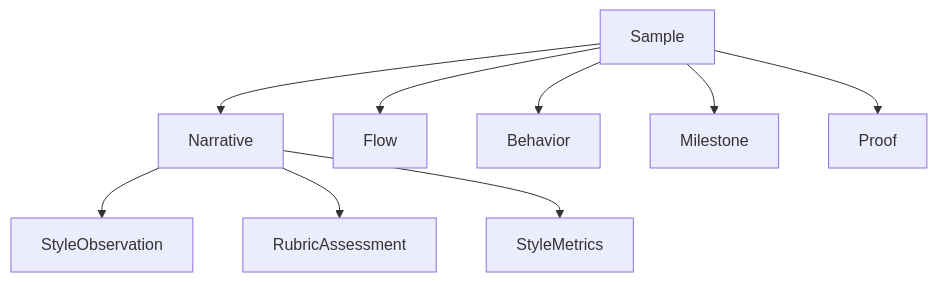
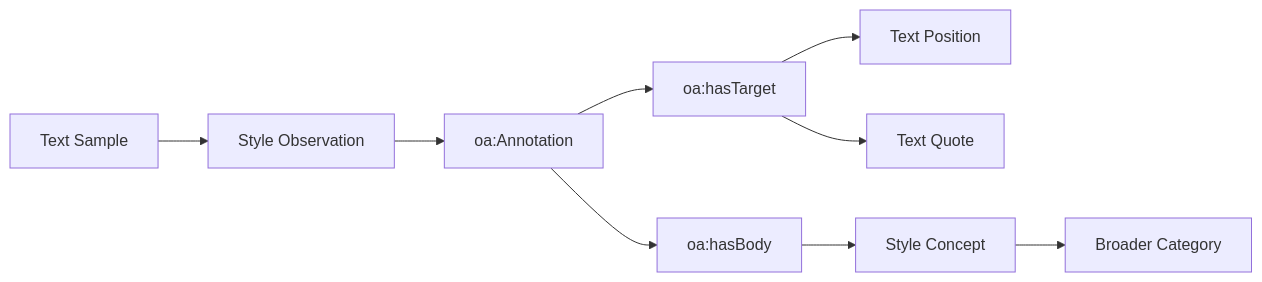
Before and after one commit to Synthetic-Identity-Co/conj-talk-2025: the fourth of 8 diagrams in presenter.md, drawn with Mermaid. The commit also changed other lines of this file, not shown here.

````diff
--- a/presenter.md
+++ b/presenter.md
@@ -195,11 +217,11 @@
 ```mermaid
-graph TD
-    A[Sample] --> B[Narrative]
-    A --> C[Flow]
-    A --> D[Behavior]
-    A --> E[Milestone]
-    A --> F[Proof]
-    B --> G[StyleObservation]
-    B --> H[RubricAssessment]
-    B --> I[StyleMetrics]
+graph LR
+    A[Text Sample] --> B[Style Observation]
+    B --> C[oa:Annotation]
+    C --> D[oa:hasTarget]
+    C --> E[oa:hasBody]
+    D --> F[Text Position]
+    D --> G[Text Quote]
+    E --> H[Style Concept]
+    H --> I[Broader Category]
 ```
````
